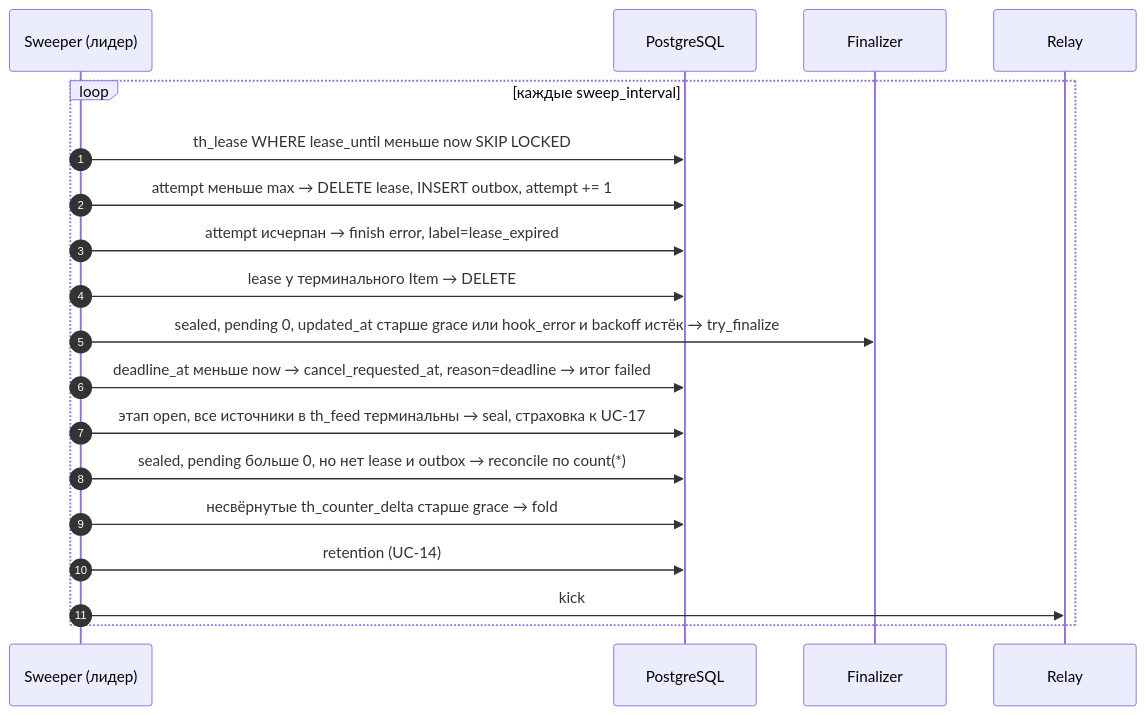
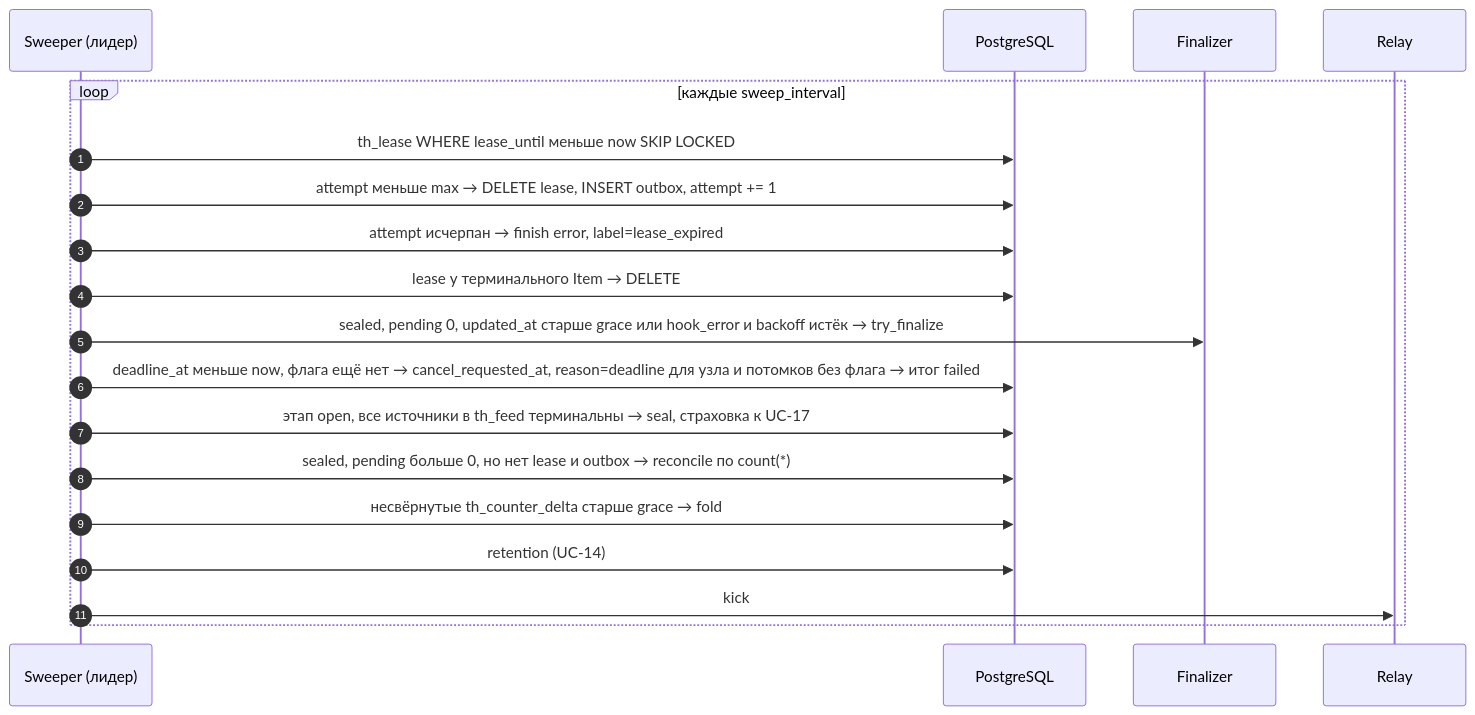
One commit to 0cherednoq/Tallyho changed diagram 27 of 40 in docs/ARCHITECTURE.md. Above: the diagram before and after it, drawn with Mermaid. The commit also changed other lines of this file, not shown here.

First line of the commit message:
Fix-15: ARCHITECTURE §6.1 — первая причина отмены выигрывает

````diff
--- a/docs/ARCHITECTURE.md
+++ b/docs/ARCHITECTURE.md
@@ -1279,22 +1281,22 @@
 ```mermaid
 sequenceDiagram
     autonumber
     participant SW as Sweeper (лидер)
     participant DB as PostgreSQL
     participant F as Finalizer
     participant R as Relay
 
     loop каждые sweep_interval
         SW->>DB: th_lease WHERE lease_until меньше now SKIP LOCKED
         SW->>DB: attempt меньше max → DELETE lease, INSERT outbox, attempt += 1
         SW->>DB: attempt исчерпан → finish error, label=lease_expired
         SW->>DB: lease у терминального Item → DELETE
         SW->>F: sealed, pending 0, updated_at старше grace или hook_error и backoff истёк → try_finalize
-        SW->>DB: deadline_at меньше now → cancel_requested_at, reason=deadline → итог failed
+        SW->>DB: deadline_at меньше now, флага ещё нет → cancel_requested_at, reason=deadline для узла и потомков без флага → итог failed
         SW->>DB: этап open, все источники в th_feed терминальны → seal, страховка к UC-17
         SW->>DB: sealed, pending больше 0, но нет lease и outbox → reconcile по count(*)
         SW->>DB: несвёрнутые th_counter_delta старше grace → fold
         SW->>DB: retention (UC-14)
         SW->>R: kick
     end
 ```
````
